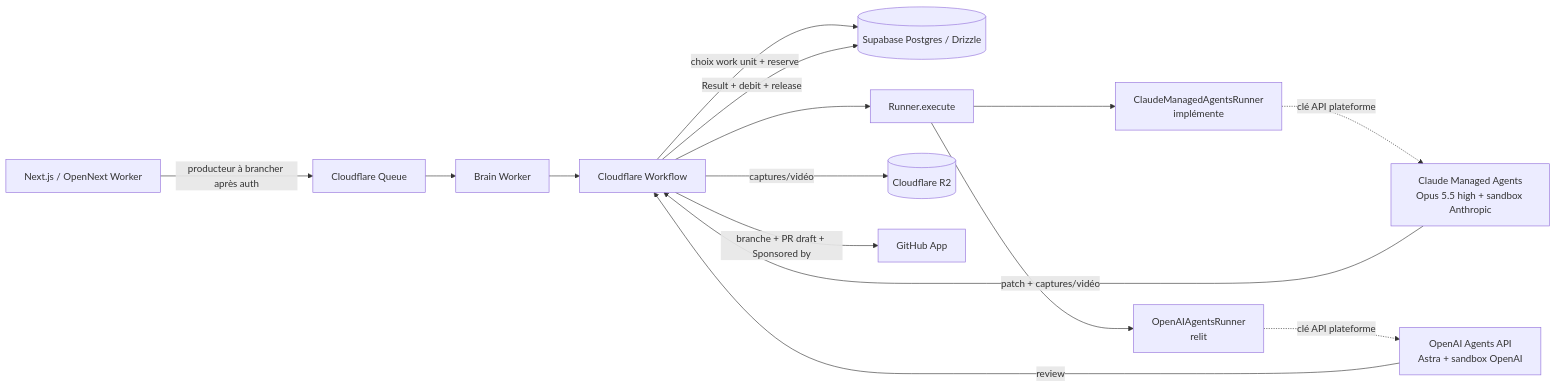
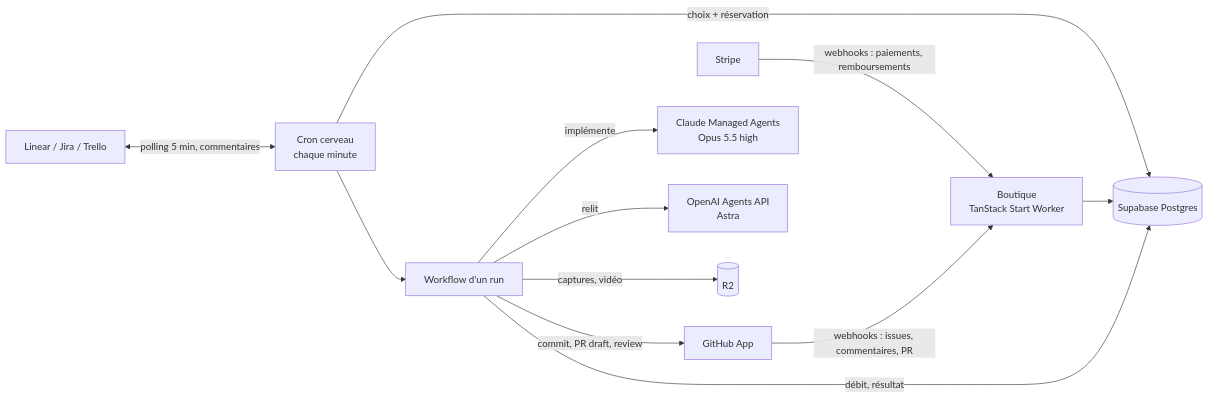
Before and after one commit to KevTale/yarrow: the first of 2 diagrams in docs/architecture.md, drawn with Mermaid. The commit also changed other lines of this file and 17 other files, not shown here.

First line of the commit message:
Align docs and env examples with TanStack Start, drop the runner stub

````diff
--- a/docs/architecture.md
+++ b/docs/architecture.md
@@ -5,17 +5,14 @@
 ```mermaid
 flowchart LR
-  UI[Next.js / OpenNext Worker] -->|producteur à brancher après auth| Q[Cloudflare Queue]
-  Q --> B[Brain Worker]
-  B --> W[Cloudflare Workflow]
-  W -->|choix work unit + reserve| DB[(Supabase Postgres / Drizzle)]
-  W --> R[Runner.execute]
-  R --> C[ClaudeManagedAgentsRunner<br/>implémente]
-  R --> O[OpenAIAgentsRunner<br/>relit]
-  C -. clé API plateforme .-> MA[Claude Managed Agents<br/>Opus 5.5 high + sandbox Anthropic]
-  O -. clé API plateforme .-> AA[OpenAI Agents API<br/>Astra + sandbox OpenAI]
-  MA -->|patch + captures/vidéo| W
-  AA -->|review| W
-  W -->|captures/vidéo| R2[(Cloudflare R2)]
-  W -->|branche + PR draft + Sponsored by| GH[GitHub App]
-  W -->|Result + debit + release| DB
+  UI[Boutique<br/>TanStack Start Worker] --> DB[(Supabase Postgres)]
+  GH[GitHub App] -->|webhooks : issues, commentaires, PR| UI
+  ST[Stripe] -->|webhooks : paiements, remboursements| UI
+  C[Cron cerveau<br/>chaque minute] -->|choix + réservation| DB
+  C --> W[Workflow d'un run]
+  T[Linear / Jira / Trello] <-->|polling 5 min, commentaires| C
+  W -->|implémente| MA[Claude Managed Agents<br/>Opus 5.5 high]
+  W -->|relit| AA[OpenAI Agents API<br/>Astra]
+  W -->|captures, vidéo| R2[(R2)]
+  W -->|commit, PR draft, review| GH
+  W -->|débit, résultat| DB
 ```
````
